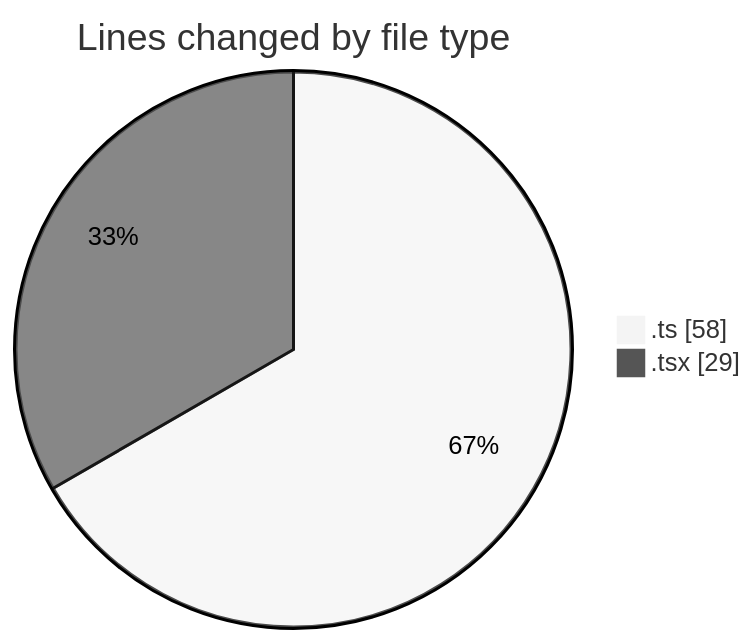
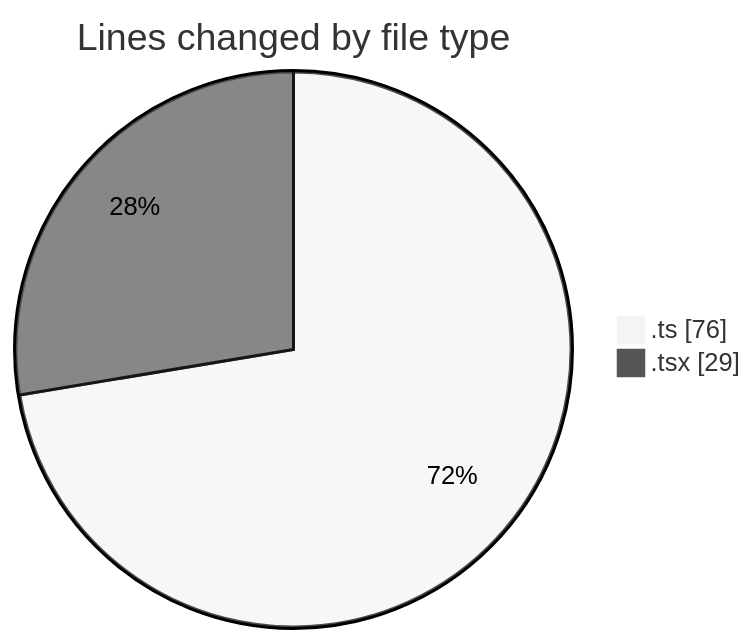
Before and after one commit to momahboobian/code-tracking: the first of 2 diagrams in 2026-02-19/cda/README.md, drawn with Mermaid (neutral theme). The commit also changed other lines of this file and 1 other file, not shown here.

````diff
--- a/2026-02-19/cda/README.md
+++ b/2026-02-19/cda/README.md
@@ -21,6 +21,6 @@
 ```mermaid
 pie showData
 title Lines changed by file type
-".ts" : 58
+".ts" : 76
 ".tsx" : 29
 ```
````
